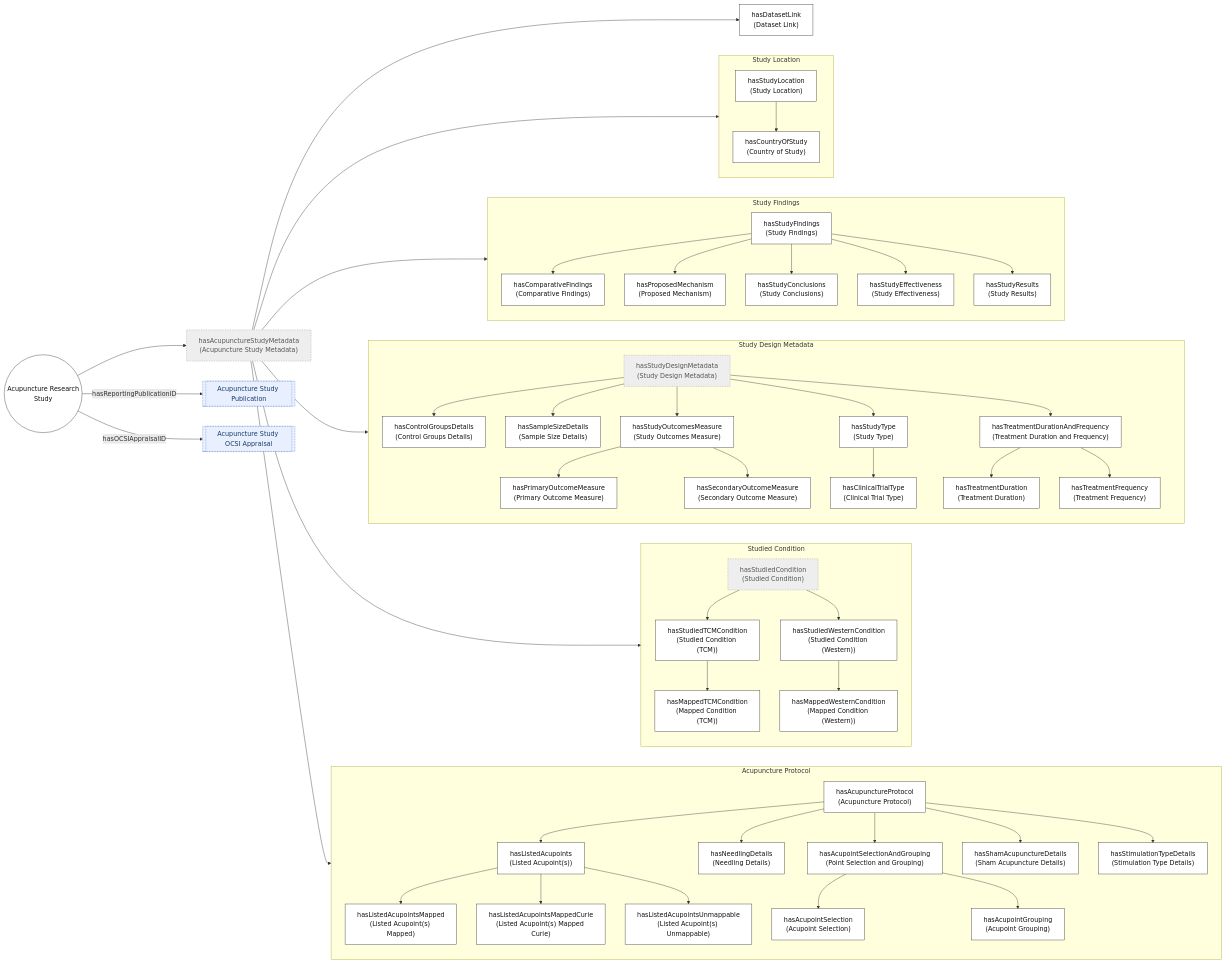
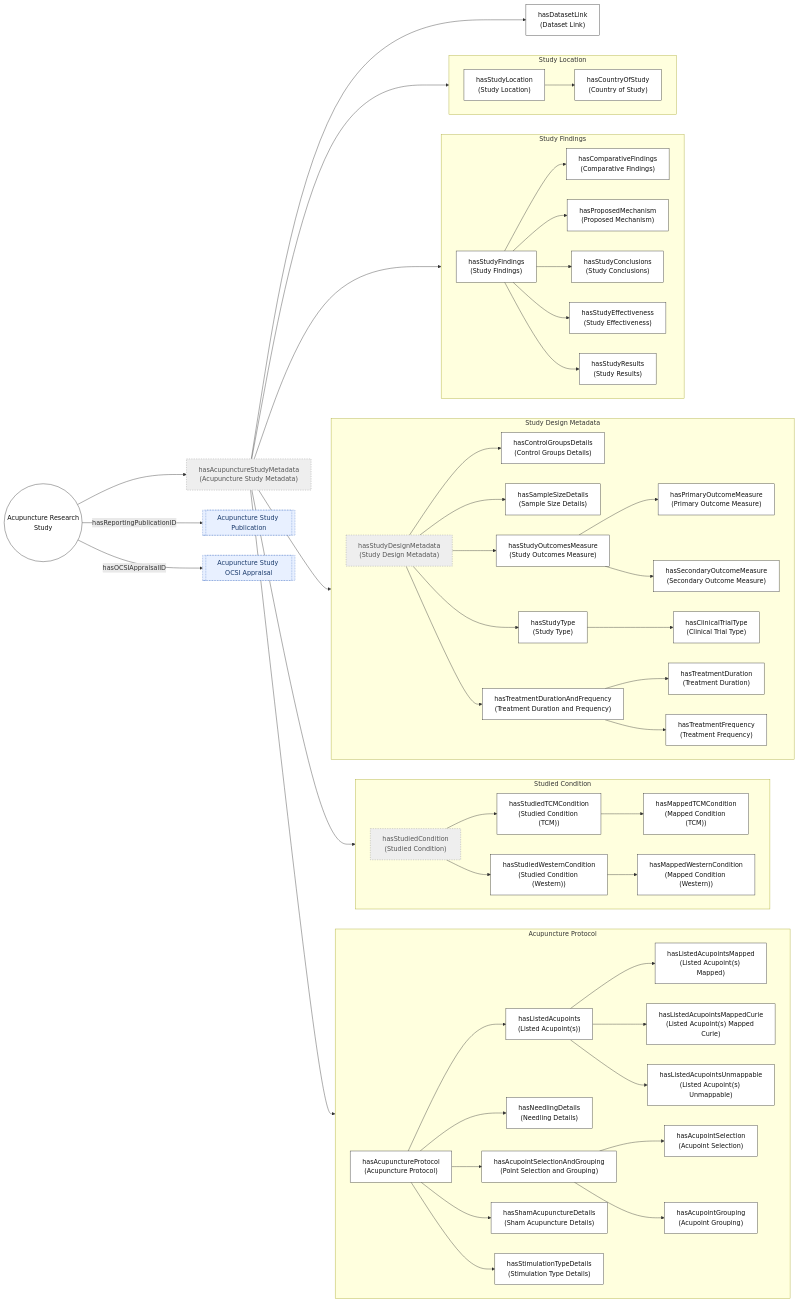
Before and after one commit to smtifahim/TARA-Ontology-Repository: the third of 5 diagrams in ontology-files/base/articles-kb/articles-kb-core/README.md, drawn with Mermaid. The commit also changed other lines of this file, not shown here.

```diff
--- a/ontology-files/base/articles-kb/articles-kb-core/README.md
+++ b/ontology-files/base/articles-kb/articles-kb-core/README.md
@@ -94,7 +94,7 @@
     STUDY --> ROOT
 
     subgraph PROTO ["Acupuncture Protocol"]
-        direction TB
+        direction LR
         PROT["hasAcupunctureProtocol<br/>(Acupuncture Protocol)"]:::field
         LIST["hasListedAcupoints<br/>(Listed Acupoint(s))"]:::field
         LMAP["hasListedAcupointsMapped<br/>(Listed Acupoint(s) Mapped)"]:::field
@@ -120,7 +120,7 @@
     end
 
     subgraph COND ["Studied Condition"]
-        direction TB
+        direction LR
         SCOND["hasStudiedCondition<br/>(Studied Condition)"]:::group
         TCM["hasStudiedTCMCondition<br/>(Studied Condition (TCM))"]:::field
         TCMMAP["hasMappedTCMCondition<br/>(Mapped Condition (TCM))"]:::field
@@ -132,7 +132,7 @@
     end
 
     subgraph DESIGN ["Study Design Metadata"]
-        direction TB
+        direction LR
         SDES["hasStudyDesignMetadata<br/>(Study Design Metadata)"]:::group
         CTRL["hasControlGroupsDetails<br/>(Control Groups Details)"]:::field
         SAMP["hasSampleSizeDetails<br/>(Sample Size Details)"]:::field
@@ -157,7 +157,7 @@
     end
 
     subgraph FINDINGS ["Study Findings"]
-        direction TB
+        direction LR
         SFIND["hasStudyFindings<br/>(Study Findings)"]:::field
         COMP["hasComparativeFindings<br/>(Comparative Findings)"]:::field
         MECH["hasProposedMechanism<br/>(Proposed Mechanism)"]:::field
@@ -173,7 +173,7 @@
     end
 
     subgraph LOC ["Study Location"]
-        direction TB
+        direction LR
         SLOC["hasStudyLocation<br/>(Study Location)"]:::field
         COUNTRY["hasCountryOfStudy<br/>(Country of Study)"]:::field
         SLOC --> COUNTRY
```
